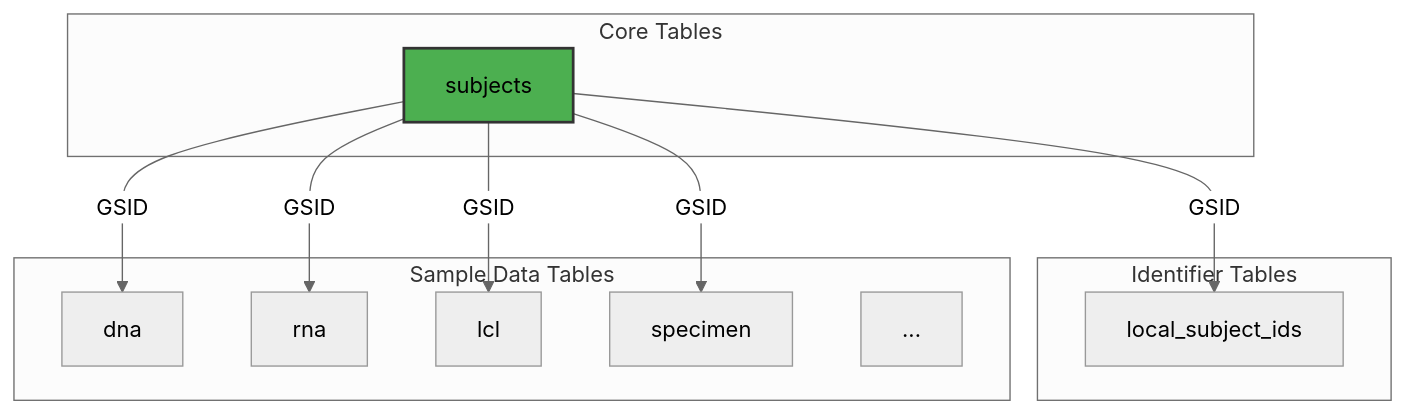
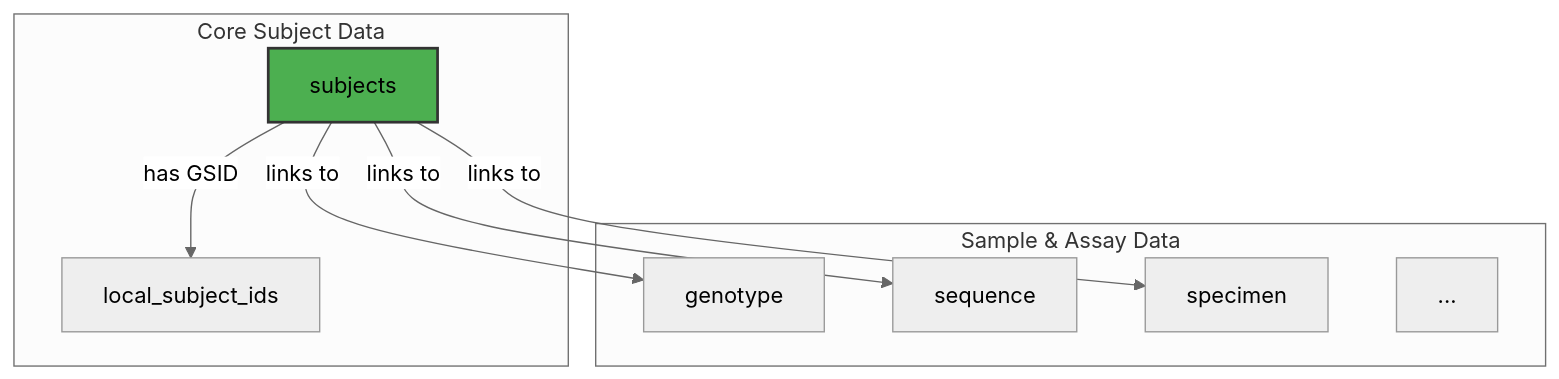
One commit to ibdgc/idhub changed the diagram in docs/for-users/database-schema-overview.md. Above: the diagram before and after it, drawn with Mermaid (neutral theme). The commit also changed other lines of this file and 38 other files, not shown here.

````diff
--- a/docs/for-users/database-schema-overview.md
+++ b/docs/for-users/database-schema-overview.md
@@ -9,26 +9,21 @@
 ```mermaid
 graph TD
-    subgraph "Core Tables"
+    subgraph "Core Subject Data"
         A[subjects]
-    end
-
-    subgraph "Identifier Tables"
         B[local_subject_ids]
     end
 
-    subgraph "Sample Data Tables"
-        C[dna]
-        D[rna]
-        E[lcl]
-        F[specimen]
-        G[...]
+    subgraph "Sample & Assay Data"
+        C[genotype]
+        D[sequence]
+        E[specimen]
+        F[...]
     end
 
-    A -- GSID --> B
-    A -- GSID --> C
-    A -- GSID --> D
-    A -- GSID --> E
-    A -- GSID --> F
+    A -- "has GSID" --> B
+    A -- "links to" --> C
+    A -- "links to" --> D
+    A -- "links to" --> E
 
     style A fill:#4CAF50,stroke:#333,stroke-width:2px
 ```
````
